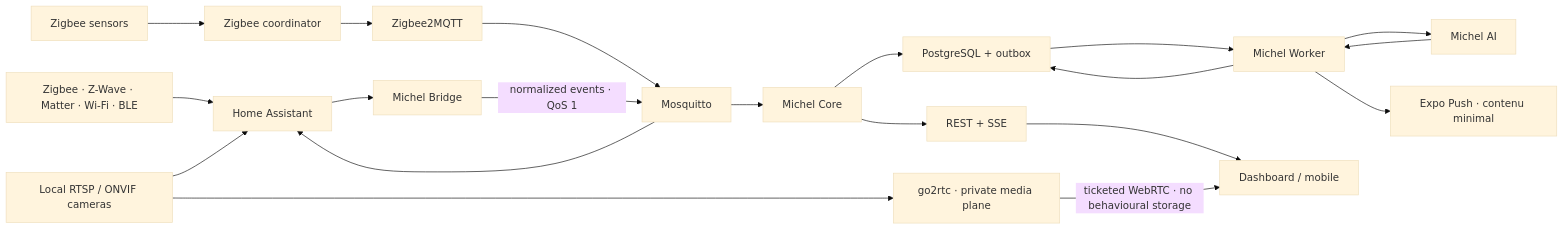
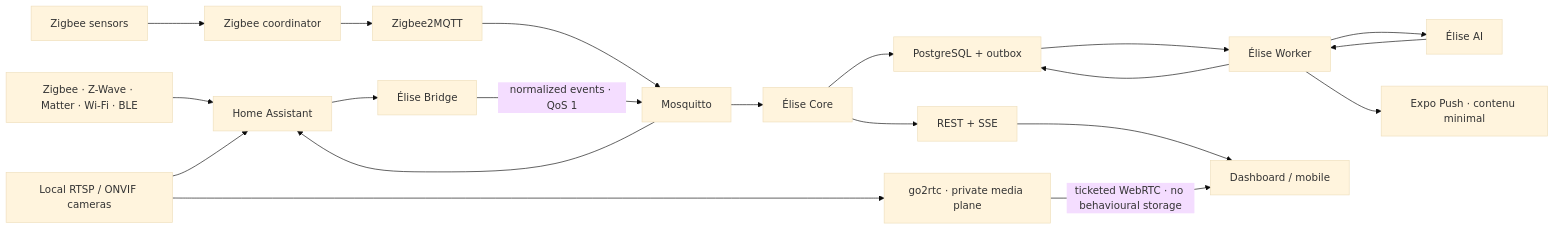
One commit to Elise-OS/EliseOS changed the diagram in docs/architecture.md. Above: the diagram before and after it, drawn with Mermaid (base theme). The commit also changed other lines of this file and 240 other files, not shown here.

First line of the commit message:
refactor: rename the remaining Michel identifiers to Élise

````diff
--- a/docs/architecture.md
+++ b/docs/architecture.md
@@ -11,22 +11,22 @@
 ```mermaid
 flowchart LR
   D["Zigbee · Z-Wave · Matter · Wi-Fi · BLE"] --> HA
   Z["Zigbee sensors"] --> C["Zigbee coordinator"]
   C --> Z2M["Zigbee2MQTT"]
   Z2M --> M["Mosquitto"]
   M --> HA["Home Assistant"]
-  HA --> B["Michel Bridge"]
+  HA --> B["Élise Bridge"]
   CAM["Local RTSP / ONVIF cameras"] --> HA
   CAM --> G["go2rtc · private media plane"]
   B -->|"normalized events · QoS 1"| M
-  M --> CORE["Michel Core"]
+  M --> CORE["Élise Core"]
   CORE --> PG["PostgreSQL + outbox"]
-  PG --> W["Michel Worker"]
-  W --> AI["Michel AI"]
+  PG --> W["Élise Worker"]
+  W --> AI["Élise AI"]
   AI --> W
   W --> PG
   W --> PUSH["Expo Push · contenu minimal"]
   API["REST + SSE"] --> UI["Dashboard / mobile"]
   G -->|"ticketed WebRTC · no behavioural storage"| UI
   CORE --> API
 ```
````
